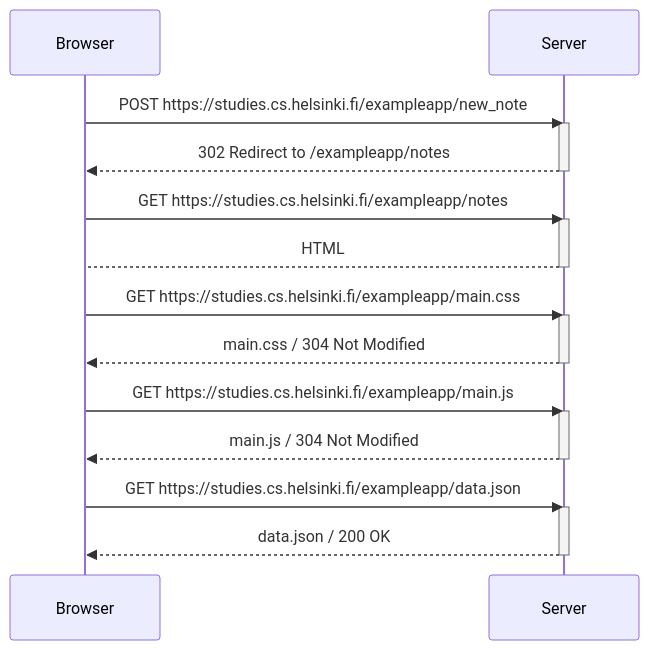
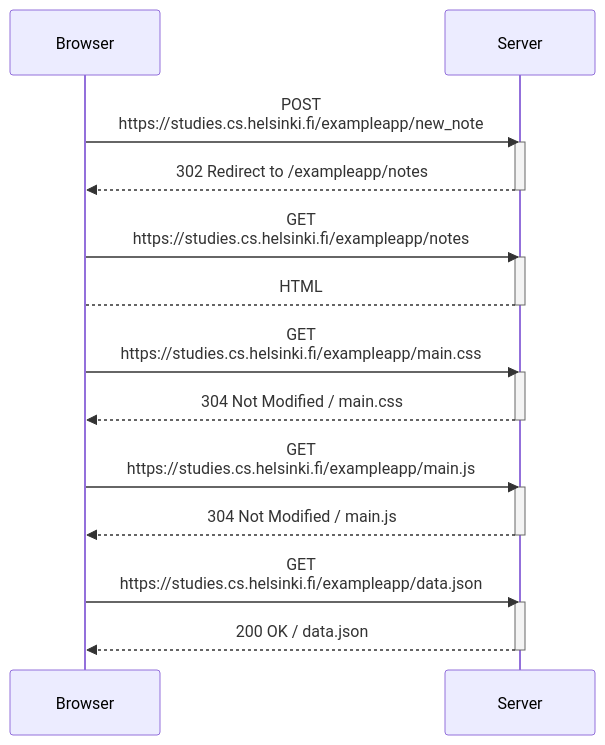
The diagram in 0.4/index.md (herrera-d/fullstack-open), drawn with Mermaid before and after one commit.

Commit message:
updating 0.4 for consistency

````diff
--- a/0.4/index.md
+++ b/0.4/index.md
@@ -6,38 +6,38 @@
 ```mermaid
 
   sequenceDiagram
   participant Browser
   participant Server
 
-Browser->>Server: POST https://studies.cs.helsinki.fi/exampleapp/new_note
+Browser->>Server: POST<br/>https://studies.cs.helsinki.fi/exampleapp/new_note
 activate Server
     Server-->>Browser: 302 Redirect to /exampleapp/notes
 deactivate Server
 
 
-Browser->>Server: GET https://studies.cs.helsinki.fi/exampleapp/notes
+Browser->>Server: GET<br/>https://studies.cs.helsinki.fi/exampleapp/notes
 activate Server
     Server-->Browser: HTML
 deactivate Server
 
-Browser->>Server: GET https://studies.cs.helsinki.fi/exampleapp/main.css
+Browser->>Server: GET<br/>https://studies.cs.helsinki.fi/exampleapp/main.css
 activate Server
-    Server-->>Browser: main.css / 304 Not Modified
+    Server-->>Browser: 304 Not Modified /  main.css
 deactivate Server
 
 
-Browser->>Server: GET https://studies.cs.helsinki.fi/exampleapp/main.js
+Browser->>Server: GET<br/>https://studies.cs.helsinki.fi/exampleapp/main.js
 activate Server
-    Server-->>Browser: main.js / 304 Not Modified
+    Server-->>Browser: 304 Not Modified / main.js
 deactivate Server
 
 
-Browser->>Server: GET https://studies.cs.helsinki.fi/exampleapp/data.json
+Browser->>Server: GET<br/>https://studies.cs.helsinki.fi/exampleapp/data.json
 activate Server
-    Server-->>Browser: data.json / 200 OK
+    Server-->>Browser: 200 OK / data.json
 deactivate Server
 
 
 
 
 ```
````
